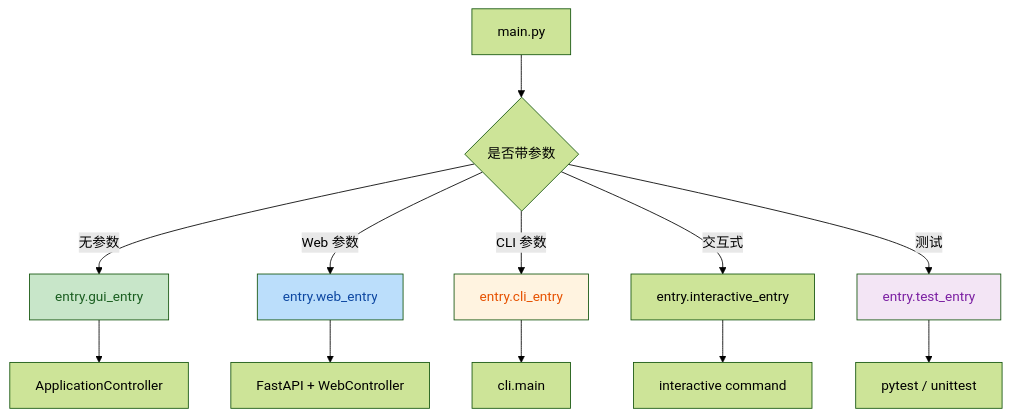
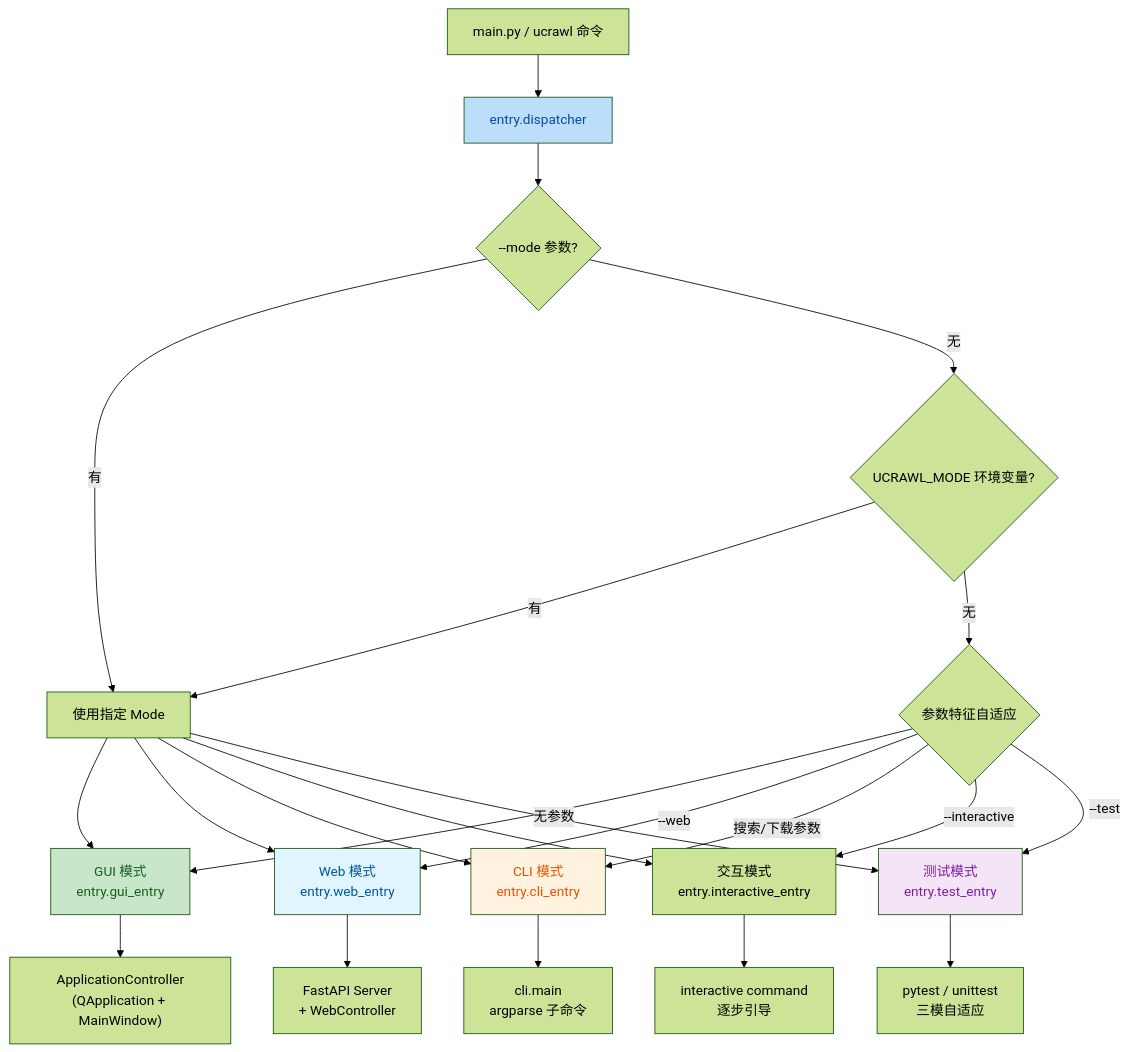
One commit to haohaizi554/UniversalCrawler changed the first of 4 diagrams in mermaid/02-entrypoints-and-hosts.md. Above: the diagram before and after it, drawn with Mermaid (forest theme). The commit also changed other lines of this file and 78 other files, not shown here.

Commit message:
Sync local workspace: packaging adaptation, frontend hardening, and architecture review.

````diff
--- a/mermaid/02-entrypoints-and-hosts.md
+++ b/mermaid/02-entrypoints-and-hosts.md
@@ -5,20 +5,33 @@
 ```mermaid
 flowchart TB
-    Main[main.py] --> Decide{是否带参数}
-    Decide -->|无参数| GUI[entry.gui_entry]
-    Decide -->|Web 参数| WEB[entry.web_entry]
-    Decide -->|CLI 参数| CLI[entry.cli_entry]
-    Decide -->|交互式| ICLI[entry.interactive_entry]
-    Decide -->|测试| TEST[entry.test_entry]
+    Main["main.py / ucrawl 命令"] --> Disp["entry.dispatcher"]
+    
+    Disp --> P1{"--mode 参数?"}
+    P1 -->|有| Use["使用指定 Mode"]
+    P1 -->|无| P2{"UCRAWL_MODE 环境变量?"}
+    P2 -->|有| Use
+    P2 -->|无| P3{"参数特征自适应"}
+    P3 -->|无参数| GUI["GUI 模式<br/>entry.gui_entry"]
+    P3 -->|--web| WEB["Web 模式<br/>entry.web_entry"]
+    P3 -->|搜索/下载参数| CLI["CLI 模式<br/>entry.cli_entry"]
+    P3 -->|--interactive| ICLI["交互模式<br/>entry.interactive_entry"]
+    P3 -->|--test| TEST["测试模式<br/>entry.test_entry"]
 
-    GUI --> AppCtrl[ApplicationController]
-    WEB --> FastAPI[FastAPI + WebController]
-    CLI --> CLIMain[cli.main]
-    ICLI --> CmdInteractive[interactive command]
-    TEST --> Pytest[pytest / unittest]
+    Use --> GUI
+    Use --> WEB
+    Use --> CLI
+    Use --> ICLI
+    Use --> TEST
 
+    GUI --> AppCtrl["ApplicationController<br/>(QApplication + MainWindow)"]
+    WEB --> FastAPI["FastAPI Server<br/>+ WebController"]
+    CLI --> CLIMain["cli.main<br/>argparse 子命令"]
+    ICLI --> Interactive["interactive command<br/>逐步引导"]
+    TEST --> Pytest["pytest / unittest<br/>三模自适应"]
+
+    style Disp fill:#bbdefb,color:#0d47a1
     style GUI fill:#c8e6c9,color:#1a5e20
-    style WEB fill:#bbdefb,color:#0d47a1
+    style WEB fill:#e1f5fe,color:#01579b
     style CLI fill:#fff3e0,color:#e65100
     style TEST fill:#f3e5f5,color:#7b1fa2
 ```
````
